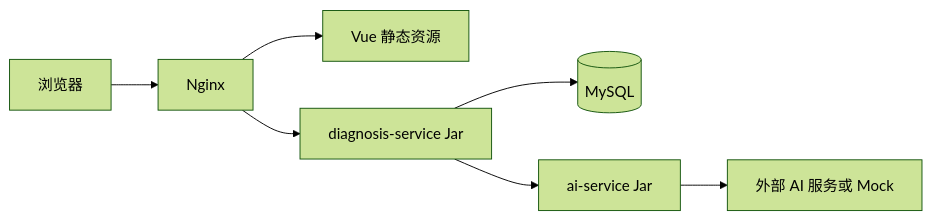
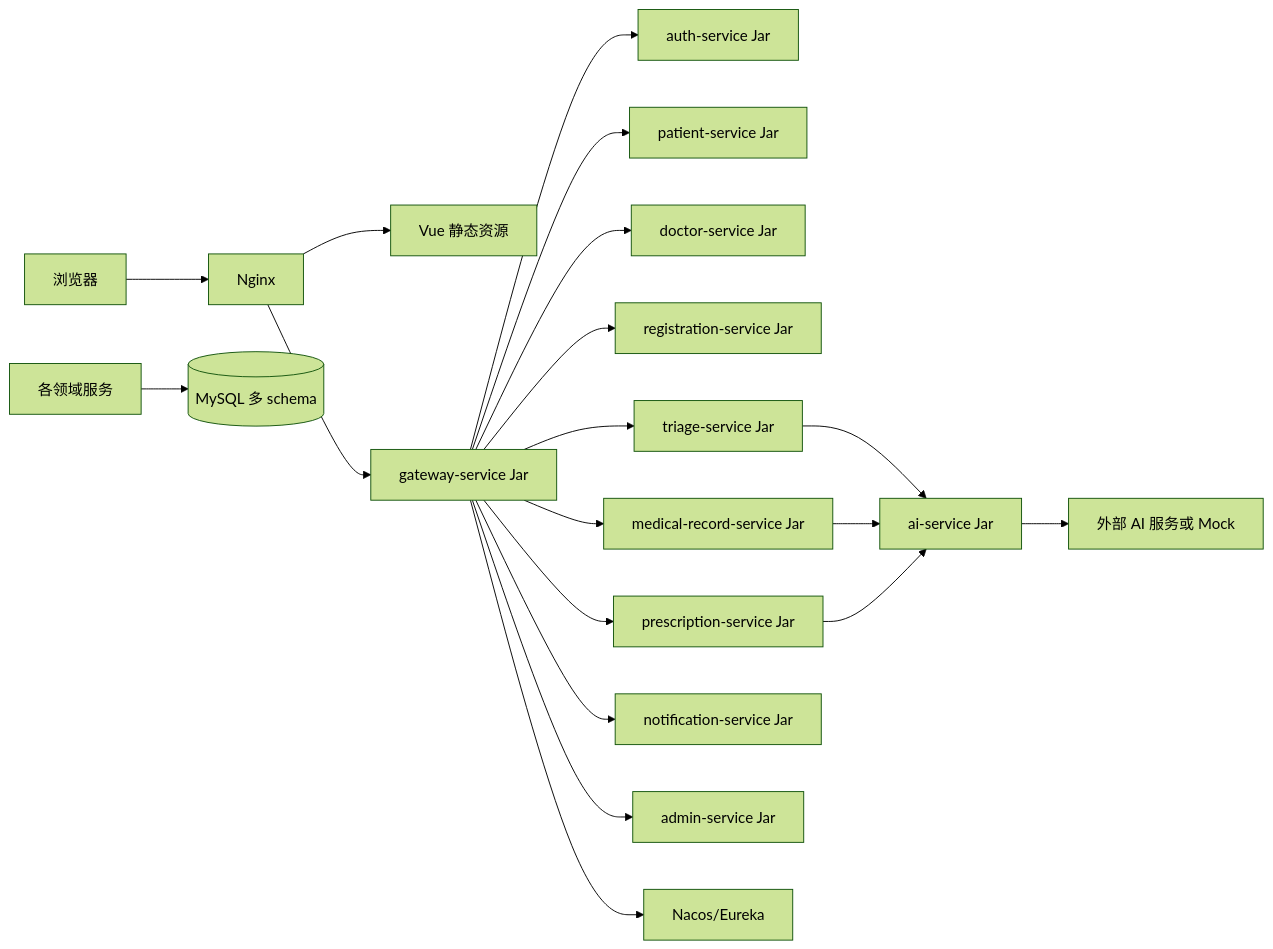
One commit to cloudydreamland/smart_cloud_brain changed the second of 2 diagrams in docs/05-system-architecture.md. Above: the diagram before and after it, drawn with Mermaid (forest theme). The commit also changed other lines of this file and 187 other files, not shown here.

````diff
--- a/docs/05-system-architecture.md
+++ b/docs/05-system-architecture.md
@@ -93,9 +147,21 @@
 ```mermaid
 flowchart LR
   Browser[浏览器] --> Nginx[Nginx]
   Nginx --> Static[Vue 静态资源]
-  Nginx --> Diagnosis[diagnosis-service Jar]
-  Diagnosis --> MySQL[(MySQL)]
-  Diagnosis --> AiService[ai-service Jar]
+  Nginx --> Gateway[gateway-service Jar]
+  Gateway --> Auth[auth-service Jar]
+  Gateway --> Patient[patient-service Jar]
+  Gateway --> Doctor[doctor-service Jar]
+  Gateway --> Registration[registration-service Jar]
+  Gateway --> Triage[triage-service Jar]
+  Gateway --> MedicalRecord[medical-record-service Jar]
+  Gateway --> Prescription[prescription-service Jar]
+  Gateway --> Notification[notification-service Jar]
+  Gateway --> Admin[admin-service Jar]
+  Triage --> AiService[ai-service Jar]
+  MedicalRecord --> AiService
+  Prescription --> AiService
+  Gateway --> Registry[Nacos/Eureka]
+  Services[各领域服务] --> MySQL[(MySQL 多 schema)]
   AiService --> AI[外部 AI 服务或 Mock]
 ```
````
